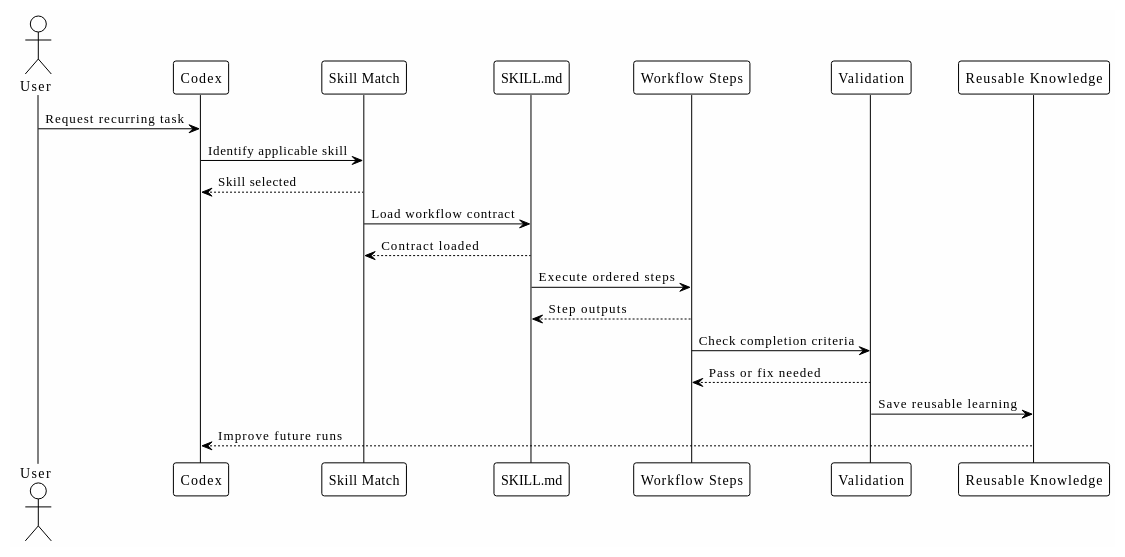
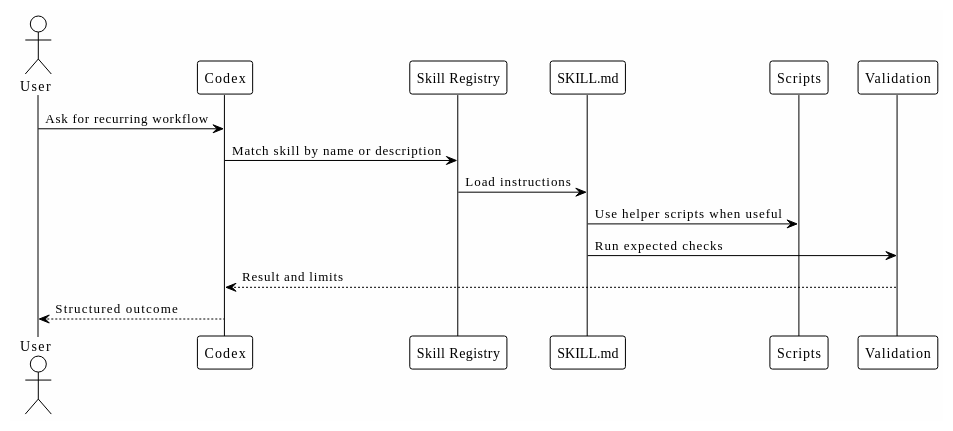
Before and after one commit to ivanhoinacki/codex-workflow-workbook: the diagram in docs/09-skills.md, drawn with PlantUML. The commit also changed other lines of this file and 39 other files, not shown here.

````diff
--- a/docs/09-skills.md
+++ b/docs/09-skills.md
@@ -28,26 +35,21 @@
 ```plantuml
 @startuml
 !theme plain
 skinparam backgroundColor #FEFEFE
 
 actor User
 participant Codex
-participant "Skill Match" as Match
+participant "Skill Registry" as Registry
 participant "SKILL.md" as Skill
-participant "Workflow Steps" as Steps
+participant Scripts
 participant Validation
-participant "Reusable Knowledge" as Knowledge
 
-User -> Codex: Request recurring task
-Codex -> Match: Identify applicable skill
-Match --> Codex: Skill selected
-Match -> Skill: Load workflow contract
-Skill --> Match: Contract loaded
-Skill -> Steps: Execute ordered steps
-Steps --> Skill: Step outputs
-Steps -> Validation: Check completion criteria
-Validation --> Steps: Pass or fix needed
-Validation -> Knowledge: Save reusable learning
-Knowledge --> Codex: Improve future runs
+User -> Codex: Ask for recurring workflow
+Codex -> Registry: Match skill by name or description
+Registry -> Skill: Load instructions
+Skill -> Scripts: Use helper scripts when useful
+Skill -> Validation: Run expected checks
+Validation --> Codex: Result and limits
+Codex --> User: Structured outcome
 @enduml
 ```
````
